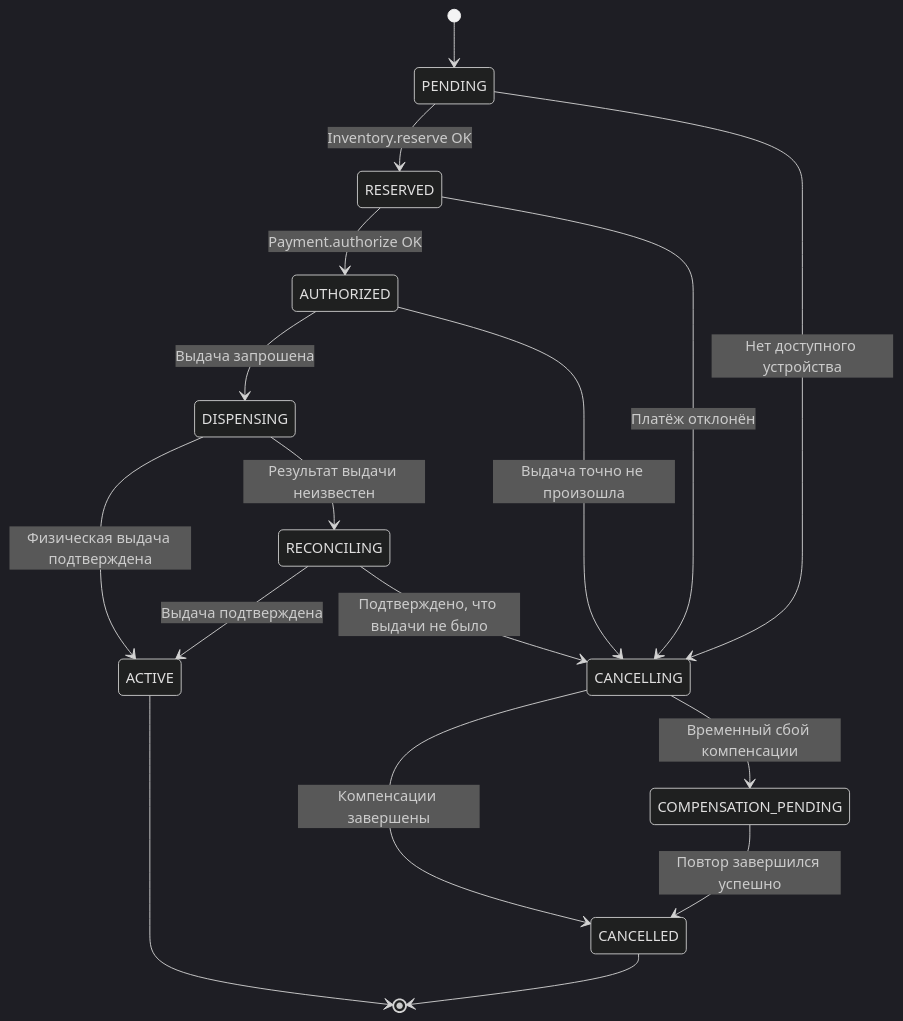
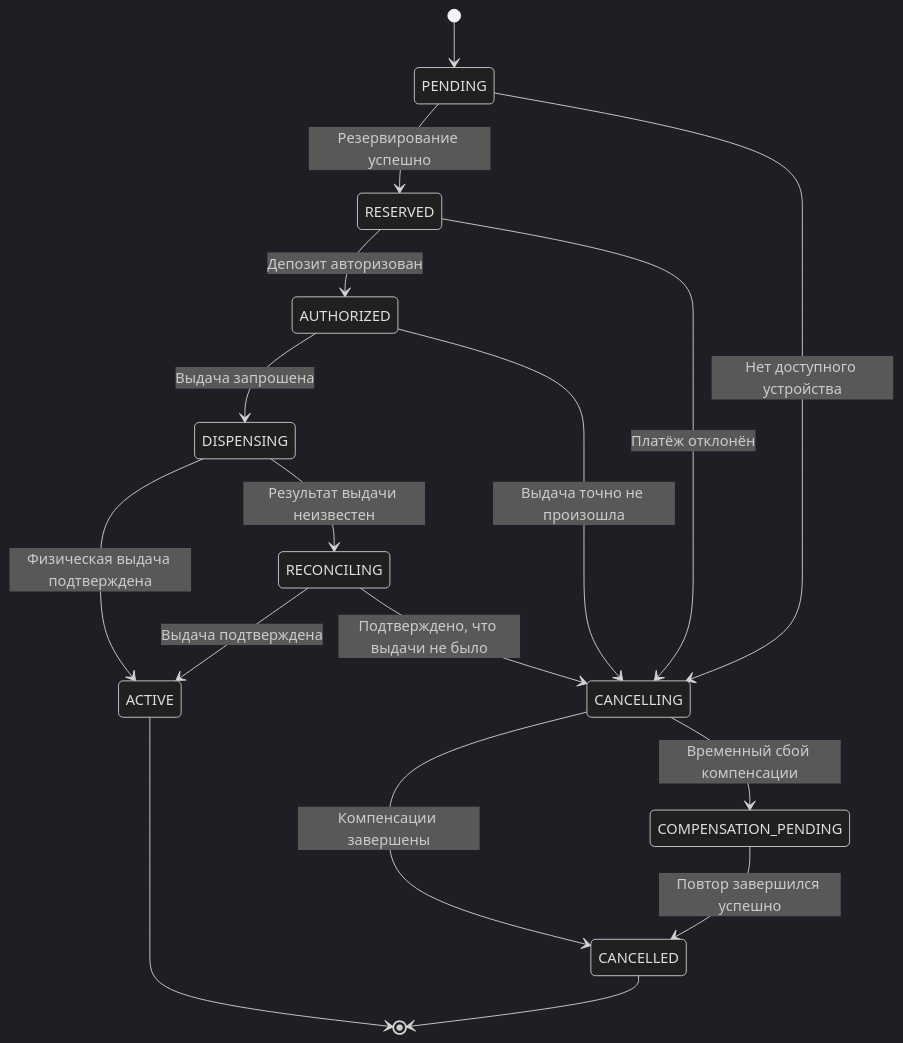
Before and after one commit to mariednsk/powerbank-rental: the first of 5 diagrams in docs/process.md, drawn with Mermaid (dark theme). The commit also changed other lines of this file, not shown here.

````diff
--- a/docs/process.md
+++ b/docs/process.md
@@ -29,19 +25,19 @@
 ```mermaid
 stateDiagram-v2
     [*] --> PENDING
-    PENDING --> RESERVED: Inventory.reserve OK
-    RESERVED --> AUTHORIZED: Payment.authorize OK
+    PENDING --> RESERVED: Резервирование успешно
+    RESERVED --> AUTHORIZED: Депозит авторизован
     AUTHORIZED --> DISPENSING: Выдача запрошена
     DISPENSING --> ACTIVE: Физическая выдача подтверждена
     PENDING --> CANCELLING: Нет доступного устройства
     RESERVED --> CANCELLING: Платёж отклонён
     AUTHORIZED --> CANCELLING: Выдача точно не произошла
     DISPENSING --> RECONCILING: Результат выдачи неизвестен
     RECONCILING --> ACTIVE: Выдача подтверждена
     RECONCILING --> CANCELLING: Подтверждено, что выдачи не было
     CANCELLING --> CANCELLED: Компенсации завершены
     CANCELLING --> COMPENSATION_PENDING: Временный сбой компенсации
     COMPENSATION_PENDING --> CANCELLED: Повтор завершился успешно
     ACTIVE --> [*]
     CANCELLED --> [*]
 ```
````
